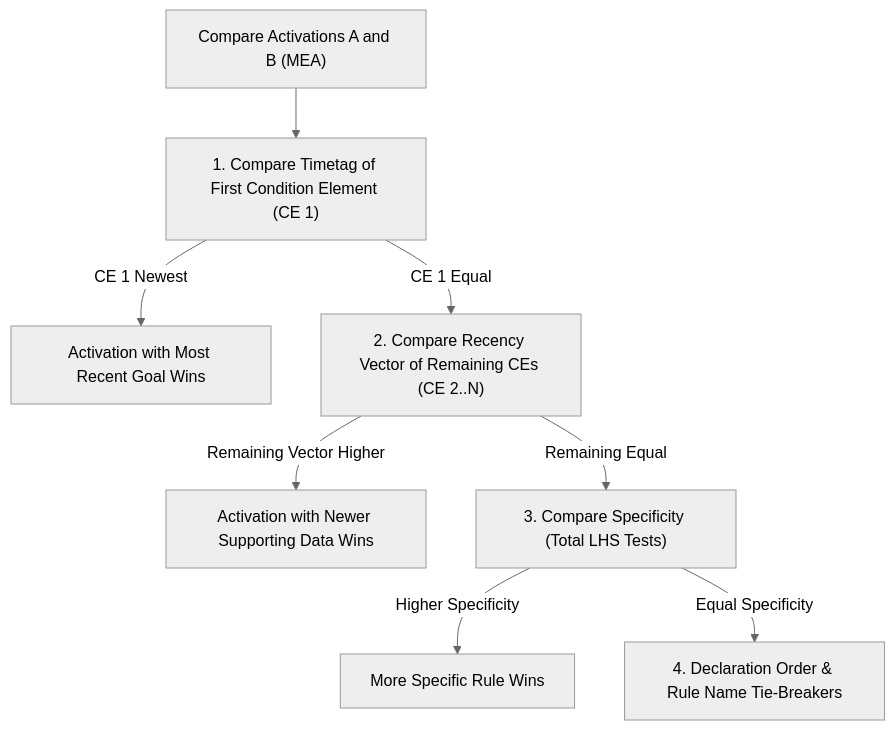
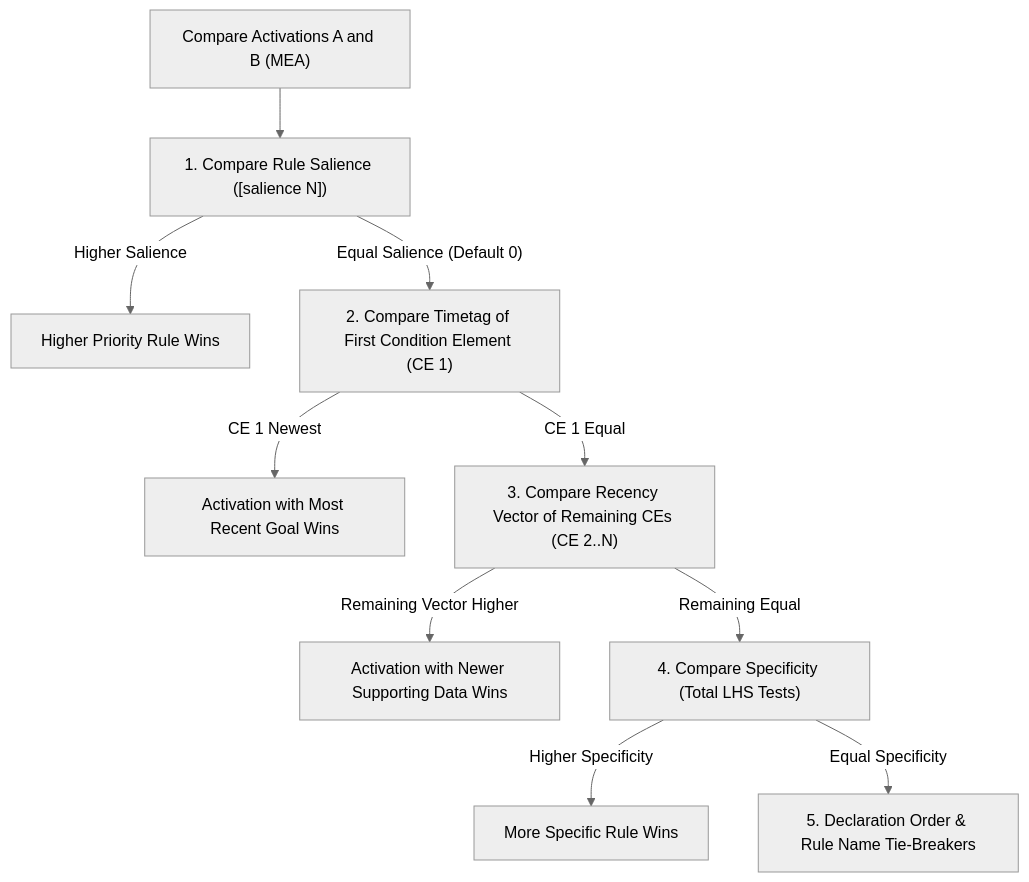
One commit to graemenewlands/ops5 changed the third of 4 diagrams in docs/conflict_resolution.md. Above: the diagram before and after it, drawn with Mermaid (neutral theme). The commit also changed other lines of this file and 12 other files, not shown here.

Commit message:
feat: implement rule salience and priority in conflict resolution

````diff
--- a/docs/conflict_resolution.md
+++ b/docs/conflict_resolution.md
@@ -108,10 +109,12 @@
 ```mermaid
 flowchart TD
-    Start["Compare Activations A and B (MEA)"] --> Step1["1. Compare Timetag of First Condition Element (CE 1)"]
+    Start["Compare Activations A and B (MEA)"] --> Step0["1. Compare Rule Salience ([salience N])"]
+    Step0 -- "Higher Salience" --> WinSal["Higher Priority Rule Wins"]
+    Step0 -- "Equal Salience (Default 0)" --> Step1["2. Compare Timetag of First Condition Element (CE 1)"]
     Step1 -- "CE 1 Newest" --> WinGoal["Activation with Most Recent Goal Wins"]
-    Step1 -- "CE 1 Equal" --> Step2["2. Compare Recency Vector of Remaining CEs (CE 2..N)"]
+    Step1 -- "CE 1 Equal" --> Step2["3. Compare Recency Vector of Remaining CEs (CE 2..N)"]
     Step2 -- "Remaining Vector Higher" --> WinData["Activation with Newer Supporting Data Wins"]
-    Step2 -- "Remaining Equal" --> Step3["3. Compare Specificity (Total LHS Tests)"]
+    Step2 -- "Remaining Equal" --> Step3["4. Compare Specificity (Total LHS Tests)"]
     Step3 -- "Higher Specificity" --> WinSpec["More Specific Rule Wins"]
-    Step3 -- "Equal Specificity" --> Step4["4. Declaration Order & Rule Name Tie-Breakers"]
+    Step3 -- "Equal Specificity" --> Step4["5. Declaration Order & Rule Name Tie-Breakers"]
 ```
````
